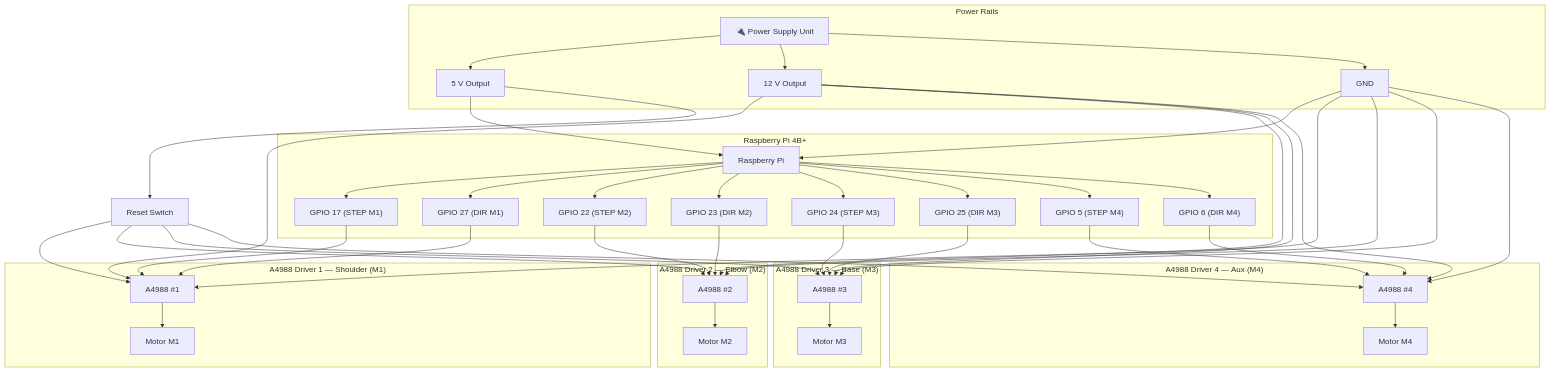
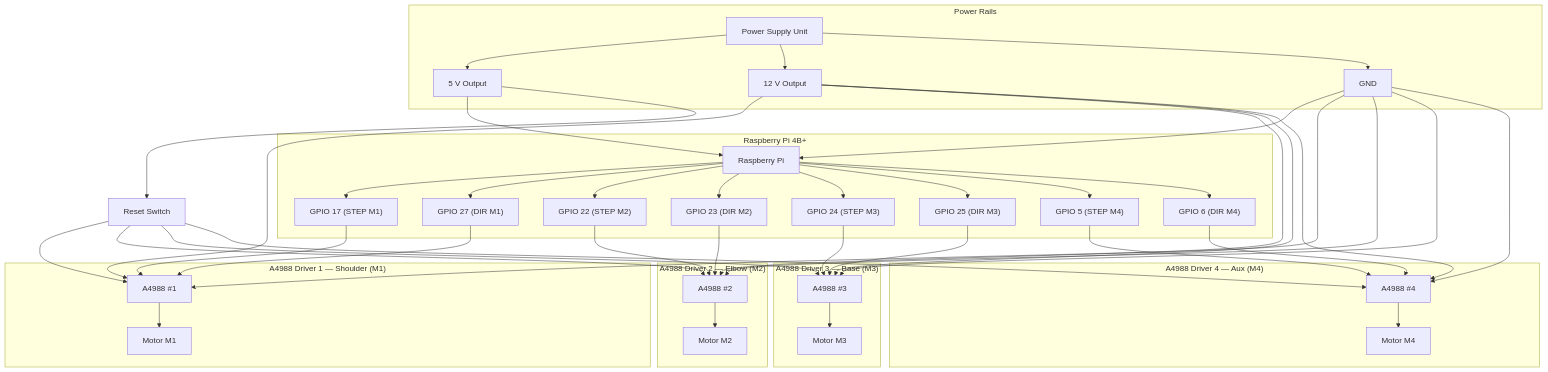
The first of 5 diagrams in README.md (HASE-HGV/Roboterarm-HASE), drawn with Mermaid before and after one commit. The commit also changed other lines of this file, not shown here.

````diff
--- a/README.md
+++ b/README.md
@@ -108,52 +108,52 @@
 ```mermaid
 flowchart TD
-    PSU["🔌 Power Supply Unit"]
+    PSU["Power Supply Unit"]
 
     subgraph Power["Power Rails"]
         PSU --> V5["5 V Output"]
         PSU --> V12["12 V Output"]
         PSU --> PGND["GND"]
     end
 
     subgraph Pi["Raspberry Pi 4B+"]
         RPi["Raspberry Pi"]
         RPi --> G17["GPIO 17 (STEP M1)"]
         RPi --> G27["GPIO 27 (DIR  M1)"]
         RPi --> G22["GPIO 22 (STEP M2)"]
         RPi --> G23["GPIO 23 (DIR  M2)"]
         RPi --> G24["GPIO 24 (STEP M3)"]
         RPi --> G25["GPIO 25 (DIR  M3)"]
         RPi --> G5["GPIO  5 (STEP M4)"]
         RPi --> G6["GPIO  6 (DIR  M4)"]
     end
 
     RESET_SW["Reset Switch"]
     V5 --> RPi
     V5 --> RESET_SW
 
     subgraph D1["A4988 Driver 1 — Shoulder (M1)"]
         A1["A4988 #1"] --> M1["Motor M1"]
     end
     subgraph D2["A4988 Driver 2 — Elbow (M2)"]
         A2["A4988 #2"] --> M2["Motor M2"]
     end
     subgraph D3["A4988 Driver 3 — Base (M3)"]
         A3["A4988 #3"] --> M3["Motor M3"]
     end
     subgraph D4["A4988 Driver 4 — Aux (M4)"]
         A4["A4988 #4"] --> M4["Motor M4"]
     end
 
     RESET_SW --> A1 & A2 & A3 & A4
     V12 --> A1 & A2 & A3 & A4
     PGND --> RPi & A1 & A2 & A3 & A4
 
     G17 --> A1
     G27 --> A1
     G22 --> A2
     G23 --> A2
     G24 --> A3
     G25 --> A3
     G5  --> A4
     G6  --> A4
 ```
````
